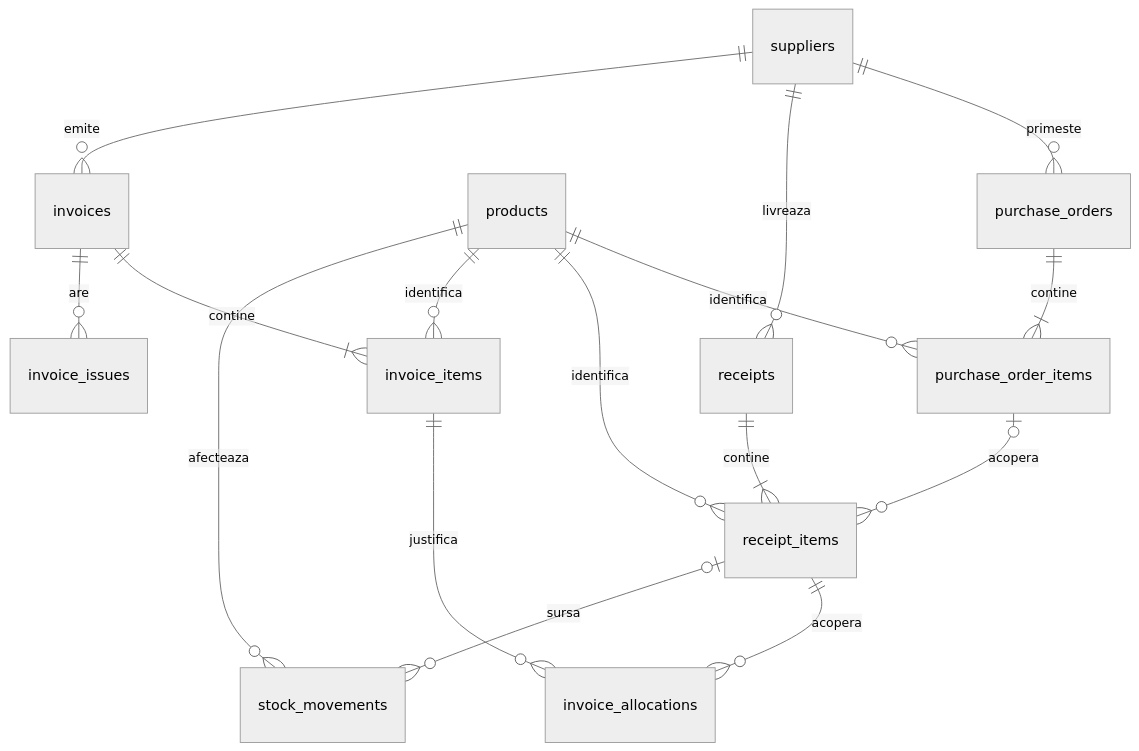
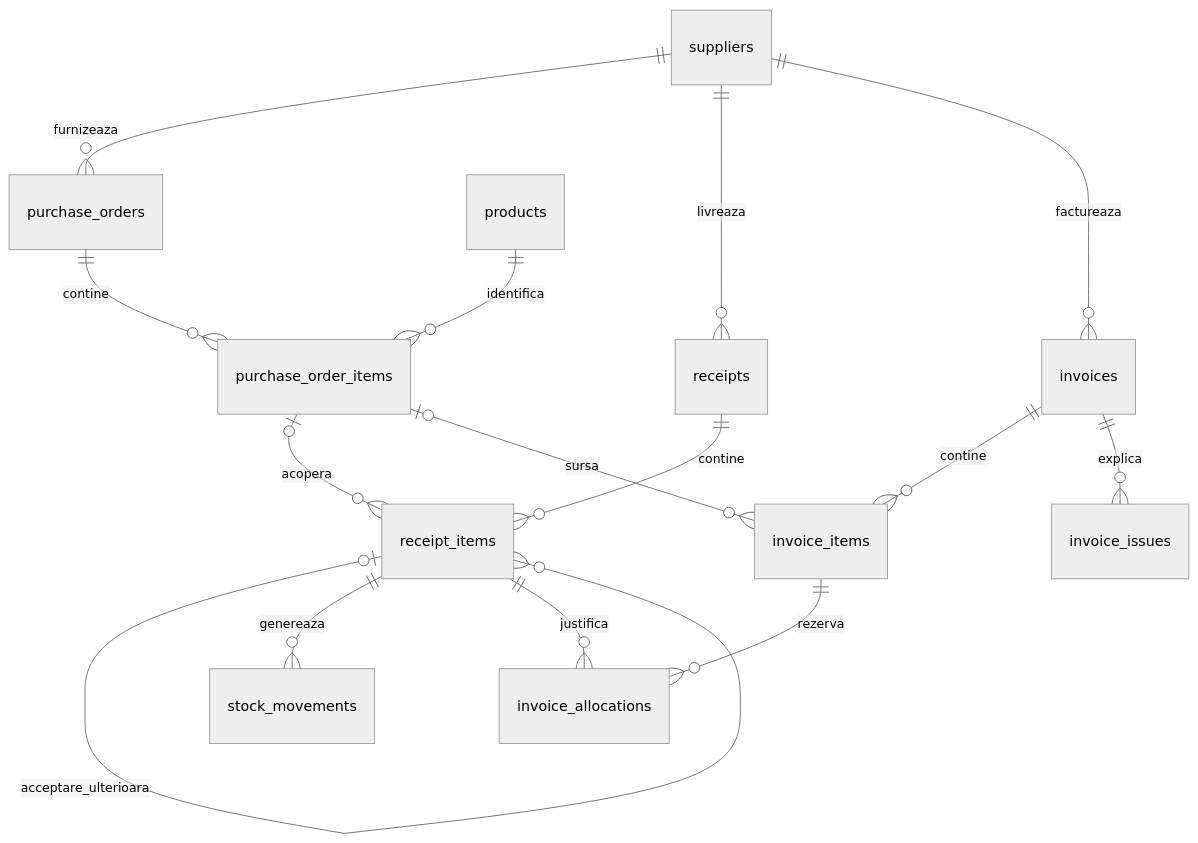
Before and after one commit to Gaspar-Iulian/Ruris: the diagram in docs/schema-date.md, drawn with Mermaid (neutral theme). The commit also changed other lines of this file and 28 other files, not shown here.

````diff
--- a/docs/schema-date.md
+++ b/docs/schema-date.md
@@ -39,18 +9,17 @@
 ```mermaid
 erDiagram
-    suppliers ||--o{ purchase_orders : primeste
-    purchase_orders ||--|{ purchase_order_items : contine
+    suppliers ||--o{ purchase_orders : furnizeaza
+    purchase_orders ||--o{ purchase_order_items : contine
     products ||--o{ purchase_order_items : identifica
     suppliers ||--o{ receipts : livreaza
-    receipts ||--|{ receipt_items : contine
-    products ||--o{ receipt_items : identifica
-    purchase_order_items |o--o{ receipt_items : acopera
-    suppliers ||--o{ invoices : emite
-    invoices ||--|{ invoice_items : contine
-    products ||--o{ invoice_items : identifica
-    invoice_items ||--o{ invoice_allocations : justifica
-    receipt_items ||--o{ invoice_allocations : acopera
-    products ||--o{ stock_movements : afecteaza
-    receipt_items |o--o{ stock_movements : sursa
-    invoices ||--o{ invoice_issues : are
+    receipts ||--o{ receipt_items : contine
+    purchase_order_items o|--o{ receipt_items : acopera
+    receipt_items o|--o{ receipt_items : acceptare_ulterioara
+    receipt_items ||--o{ stock_movements : genereaza
+    suppliers ||--o{ invoices : factureaza
+    invoices ||--o{ invoice_items : contine
+    purchase_order_items o|--o{ invoice_items : sursa
+    invoice_items ||--o{ invoice_allocations : rezerva
+    receipt_items ||--o{ invoice_allocations : justifica
+    invoices ||--o{ invoice_issues : explica
 ```
````
